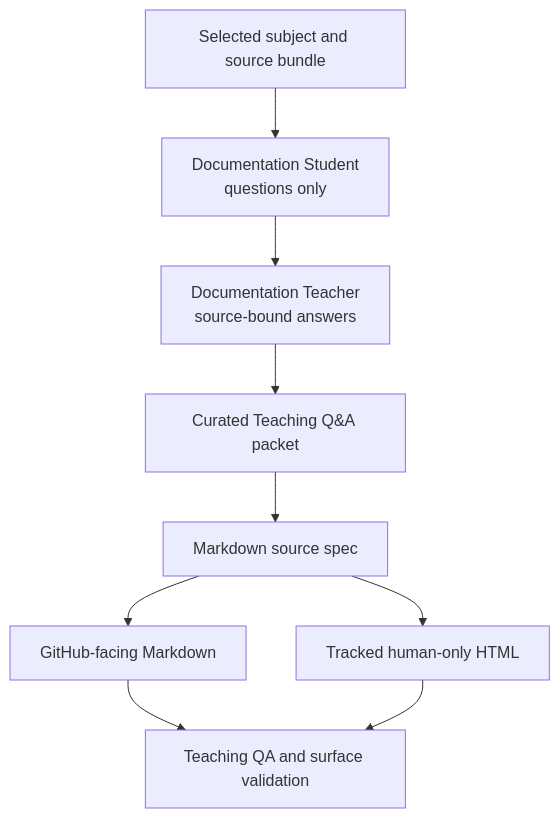
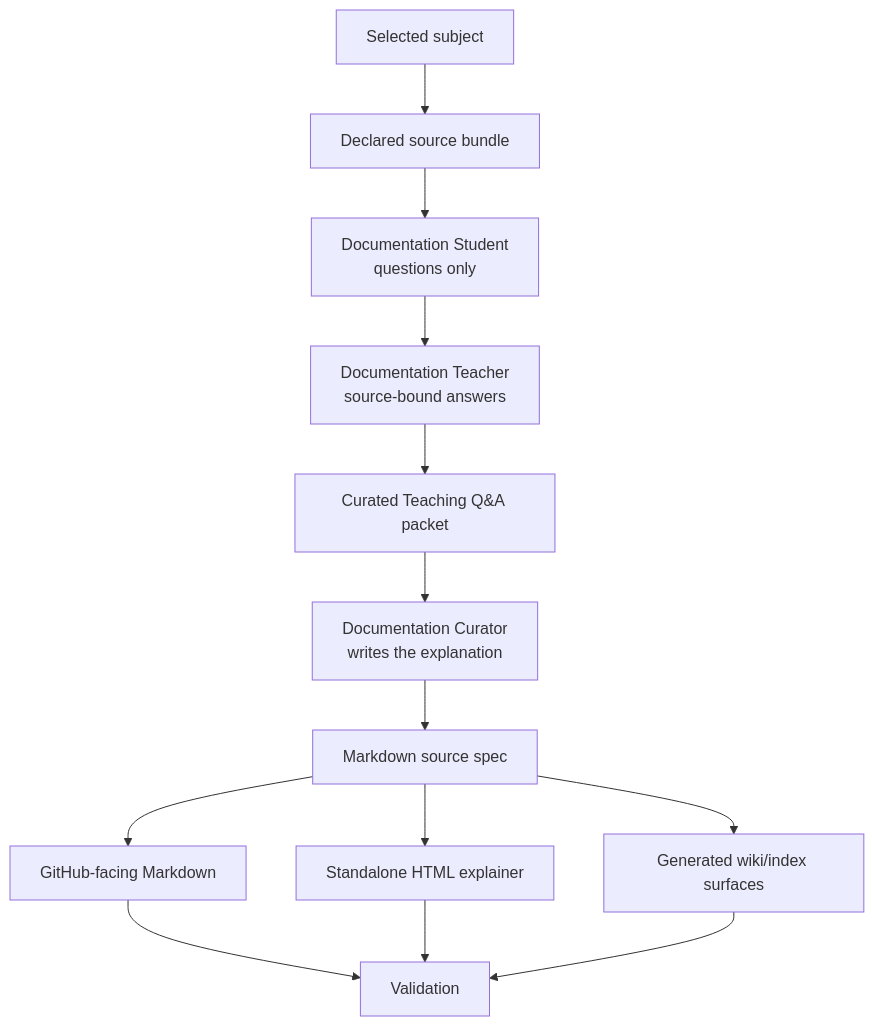
Before and after one commit to AngryOwlAI/The-AEther-Flow: the diagram in github-facing/documentation-curator-teaching-loop-explainer.md, drawn with Mermaid. The commit also changed other lines of this file and 197 other files, not shown here.

Commit message:
Revamp Documentation Curator visual atlas

````diff
--- a/github-facing/documentation-curator-teaching-loop-explainer.md
+++ b/github-facing/documentation-curator-teaching-loop-explainer.md
@@ -41,11 +16,15 @@
 ```mermaid
 flowchart TD
-  Subject["Selected subject and source bundle"] --> Student["Documentation Student<br/>questions only"]
+  Subject["Selected subject"] --> Sources["Declared source bundle"]
+  Sources --> Student["Documentation Student<br/>questions only"]
   Student --> Teacher["Documentation Teacher<br/>source-bound answers"]
   Teacher --> Packet["Curated Teaching Q&A packet"]
-  Packet --> Spec["Markdown source spec"]
-  Spec --> Markdown["GitHub-facing Markdown"]
-  Spec --> Html["Tracked human-only HTML"]
-  Markdown --> Validate["Teaching QA and surface validation"]
-  Html --> Validate
+  Packet --> Curator["Documentation Curator<br/>writes the explanation"]
+  Curator --> Spec["Markdown source spec"]
+  Spec --> GitHub["GitHub-facing Markdown"]
+  Spec --> HTML["Standalone HTML explainer"]
+  Spec --> Wiki["Generated wiki/index surfaces"]
+  GitHub --> Validation["Validation"]
+  HTML --> Validation
+  Wiki --> Validation
 ```
````
